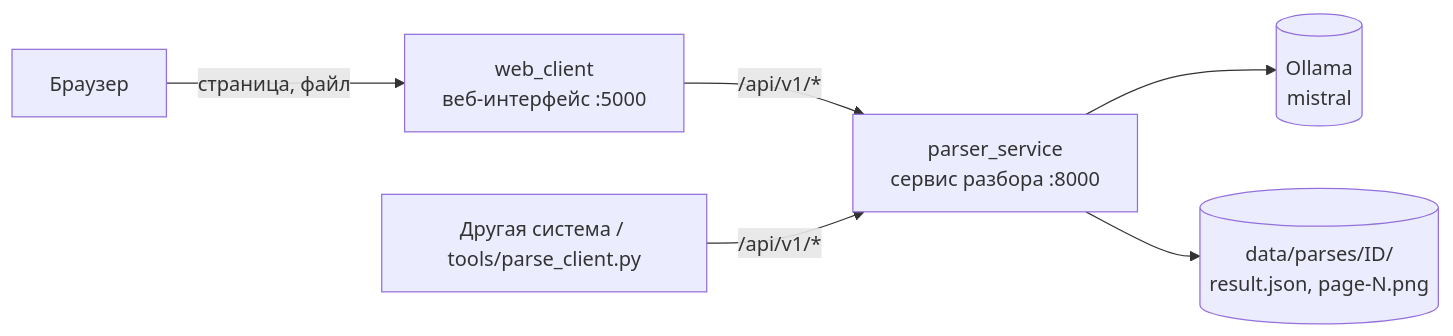
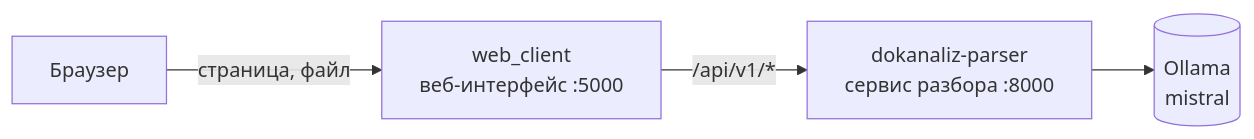
Before and after one commit to reyni300/document-classification-system: the diagram in README.md, drawn with Mermaid. The commit also changed other lines of this file and 40 other files, not shown here.

First line of the commit message:
Сервис разбора вынесен в репозиторий dokanaliz-parser

````diff
--- a/README.md
+++ b/README.md
@@ -11,8 +12,6 @@
 ```mermaid
 flowchart LR
     U[Браузер] -->|страница, файл| W[web_client<br/>веб-интерфейс :5000]
-    W -->|/api/v1/*| P[parser_service<br/>сервис разбора :8000]
-    C[Другая система / tools/parse_client.py] -->|/api/v1/*| P
+    W -->|/api/v1/*| P[dokanaliz-parser<br/>сервис разбора :8000]
     P --> O[(Ollama<br/>mistral)]
-    P --> D[(data/parses/ID/<br/>result.json, page-N.png)]
 ```
````
